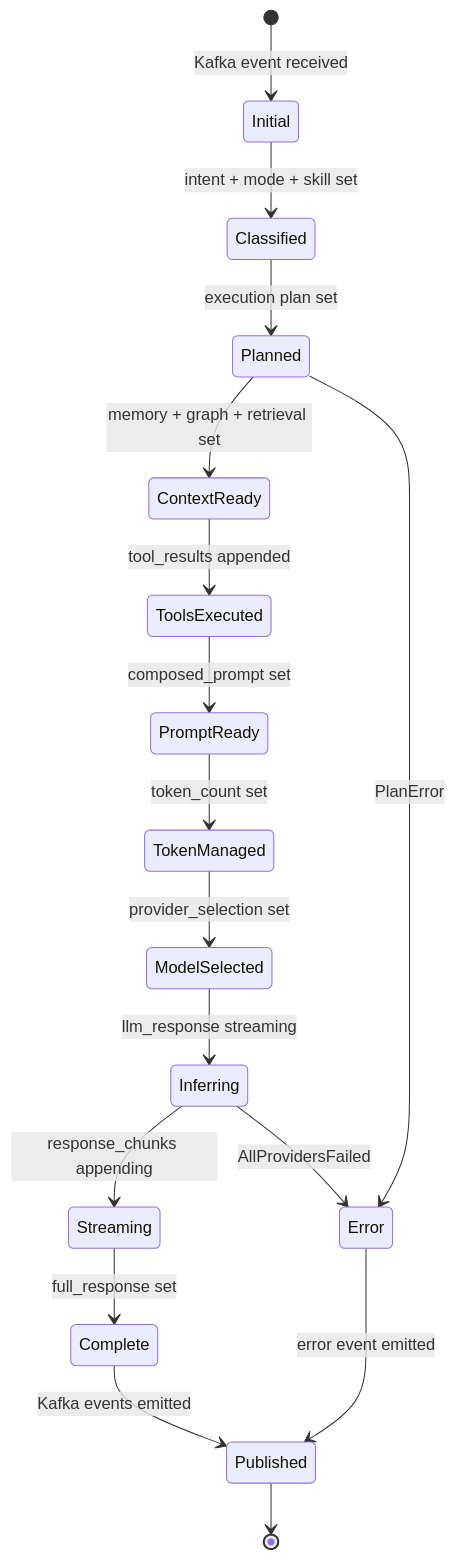
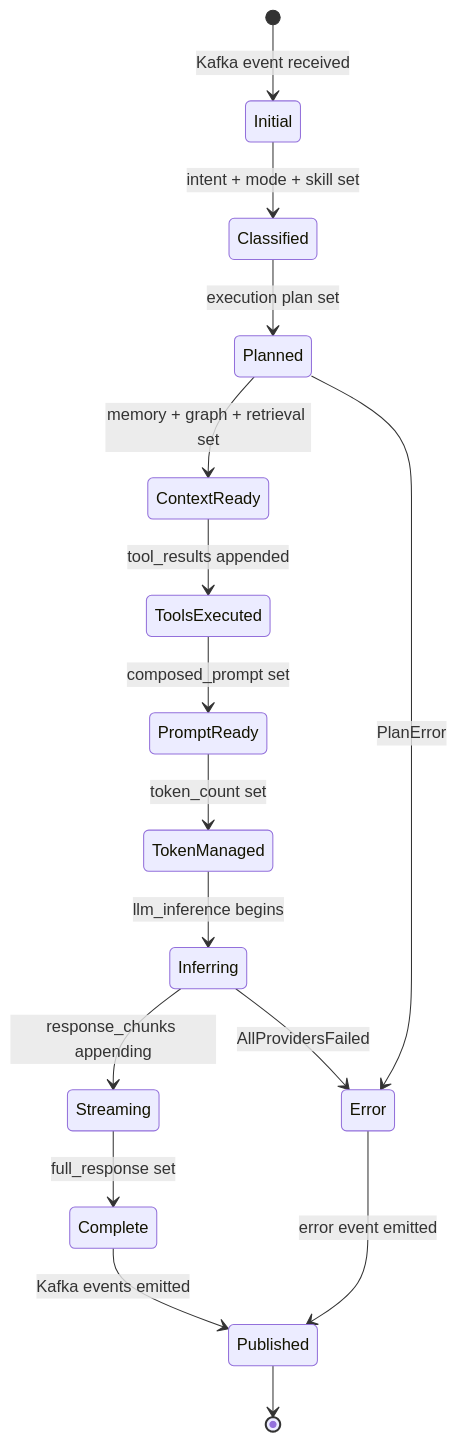
Before and after one commit to GranthanAI/llm-service: diagram 11 of 33 in docs/lld.md, drawn with Mermaid. The commit also changed other lines of this file and 1 other file, not shown here.

Commit message:
docs: fix mermaid diagrams and update folder structure to app/ layout

````diff
--- a/docs/lld.md
+++ b/docs/lld.md
@@ -1015,20 +1021,19 @@
 ```mermaid
 stateDiagram-v2
     [*] --> Initial: Kafka event received
     Initial --> Classified: intent + mode + skill set
     Classified --> Planned: execution plan set
     Planned --> ContextReady: memory + graph + retrieval set
     ContextReady --> ToolsExecuted: tool_results appended
     ToolsExecuted --> PromptReady: composed_prompt set
     PromptReady --> TokenManaged: token_count set
-    TokenManaged --> ModelSelected: provider_selection set
-    ModelSelected --> Inferring: llm_response streaming
+    TokenManaged --> Inferring: llm_inference begins
     Inferring --> Streaming: response_chunks appending
     Streaming --> Complete: full_response set
     Complete --> Published: Kafka events emitted
     Published --> [*]
 
     Planned --> Error: PlanError
     Inferring --> Error: AllProvidersFailed
     Error --> Published: error event emitted
 ```
````
